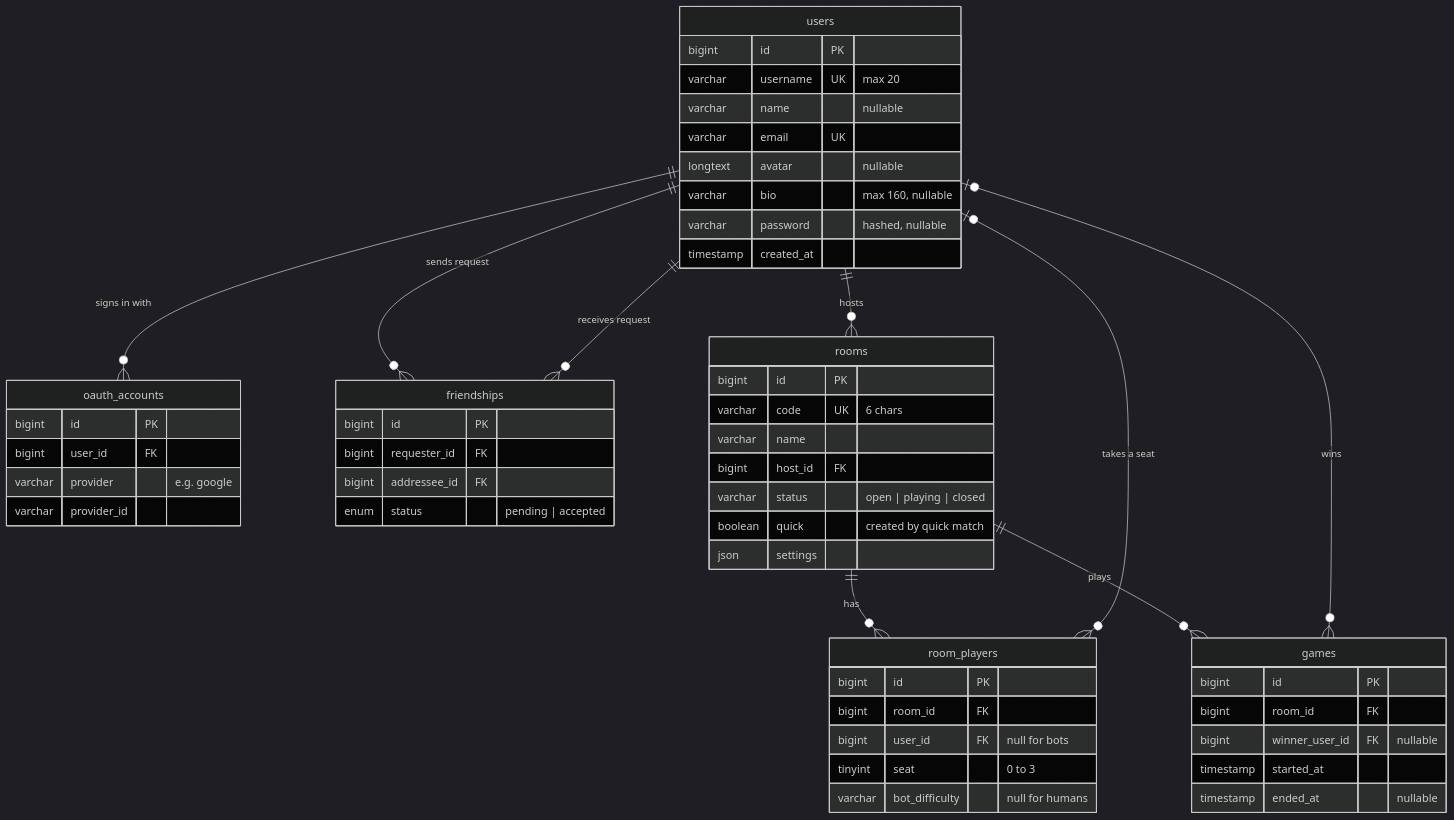
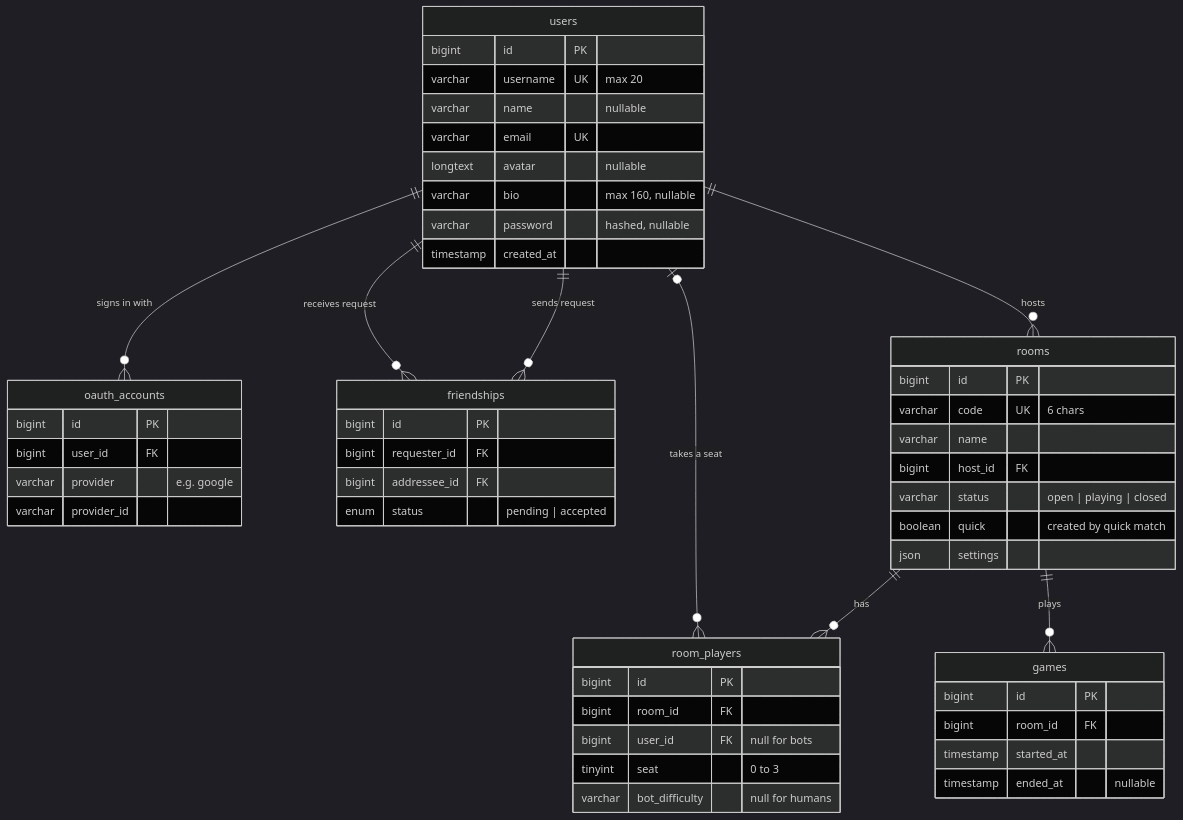
Before and after one commit to yasin080/transcendence: the diagram in README.md, drawn with Mermaid (dark theme). The commit also changed other lines of this file, not shown here.

Commit message:
update Standard user management documentation

````diff
--- a/README.md
+++ b/README.md
@@ -298,57 +298,55 @@
 ```mermaid
 erDiagram
     users ||--o{ oauth_accounts : "signs in with"
     users ||--o{ friendships : "sends request"
     users ||--o{ friendships : "receives request"
     users ||--o{ rooms : hosts
     rooms ||--o{ room_players : has
     users |o--o{ room_players : "takes a seat"
     rooms ||--o{ games : plays
-    users |o--o{ games : wins
 
     users {
         bigint id PK
         varchar username UK "max 20"
         varchar name "nullable"
         varchar email UK
         longtext avatar "nullable"
         varchar bio "max 160, nullable"
         varchar password "hashed, nullable"
         timestamp created_at
     }
     oauth_accounts {
         bigint id PK
         bigint user_id FK
         varchar provider "e.g. google"
         varchar provider_id
     }
     friendships {
         bigint id PK
         bigint requester_id FK
         bigint addressee_id FK
         enum status "pending | accepted"
     }
     rooms {
         bigint id PK
         varchar code UK "6 chars"
         varchar name
         bigint host_id FK
         varchar status "open | playing | closed"
         boolean quick "created by quick match"
         json settings
     }
     room_players {
         bigint id PK
         bigint room_id FK
         bigint user_id FK "null for bots"
         tinyint seat "0 to 3"
         varchar bot_difficulty "null for humans"
     }
     games {
         bigint id PK
         bigint room_id FK
-        bigint winner_user_id FK "nullable"
         timestamp started_at
         timestamp ended_at "nullable"
     }
 ```
````
